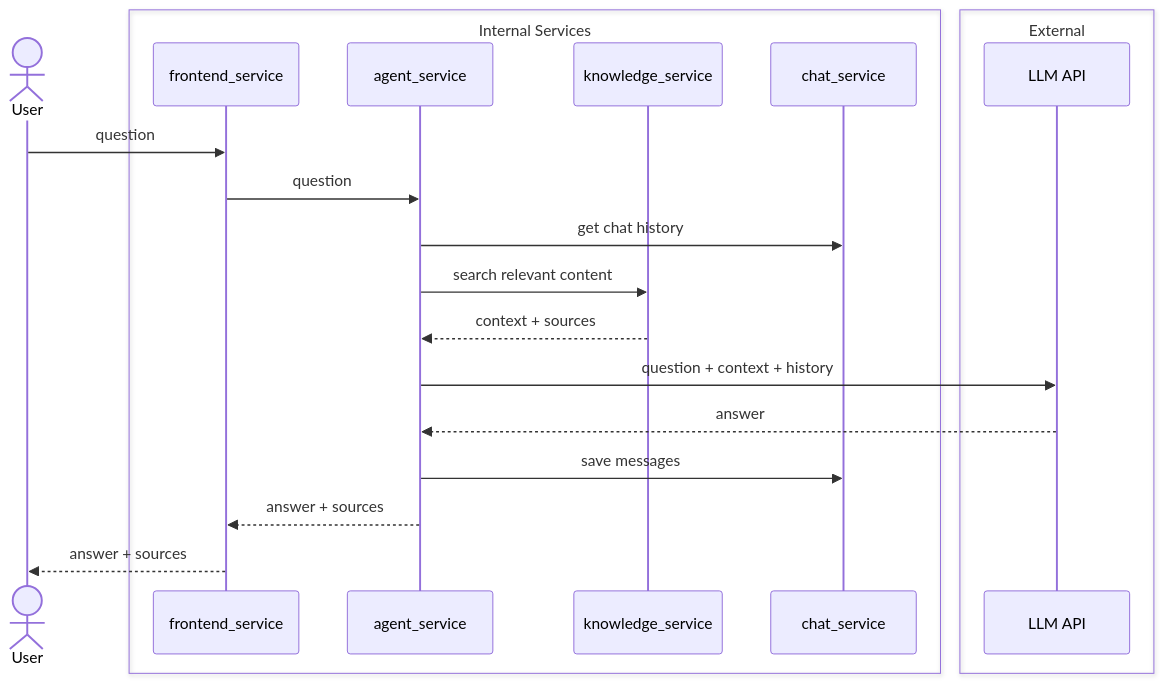
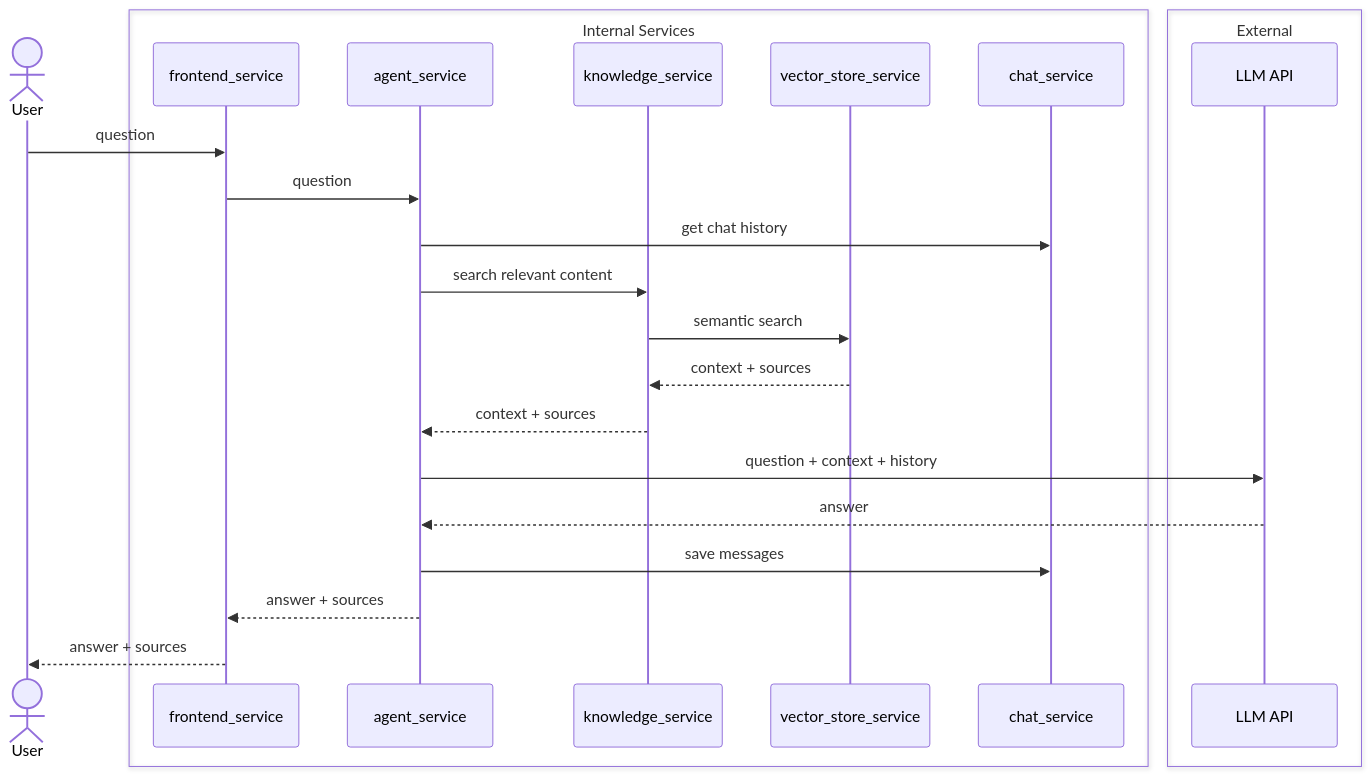
Before and after one commit to CrisBeltBic/prueba_ai_eng: the second of 3 diagrams in bancolombia-rag/docs/architecture.md, drawn with Mermaid. The commit also changed other lines of this file and 10 other files, not shown here.

````diff
--- a/bancolombia-rag/docs/architecture.md
+++ b/bancolombia-rag/docs/architecture.md
@@ -40,24 +42,27 @@
 ```mermaid
 sequenceDiagram
     actor U as User
     box Internal Services
         participant F as frontend_service
         participant A as agent_service
         participant K as knowledge_service
+        participant V as vector_store_service
         participant C as chat_service
     end
     box External
         participant L as LLM API
     end
 
     U->>F: question
     F->>A: question
     A->>C: get chat history
     A->>K: search relevant content
+    K->>V: semantic search
+    V-->>K: context + sources
     K-->>A: context + sources
     A->>L: question + context + history
     L-->>A: answer
     A->>C: save messages
     A-->>F: answer + sources
     F-->>U: answer + sources
 ```
````
